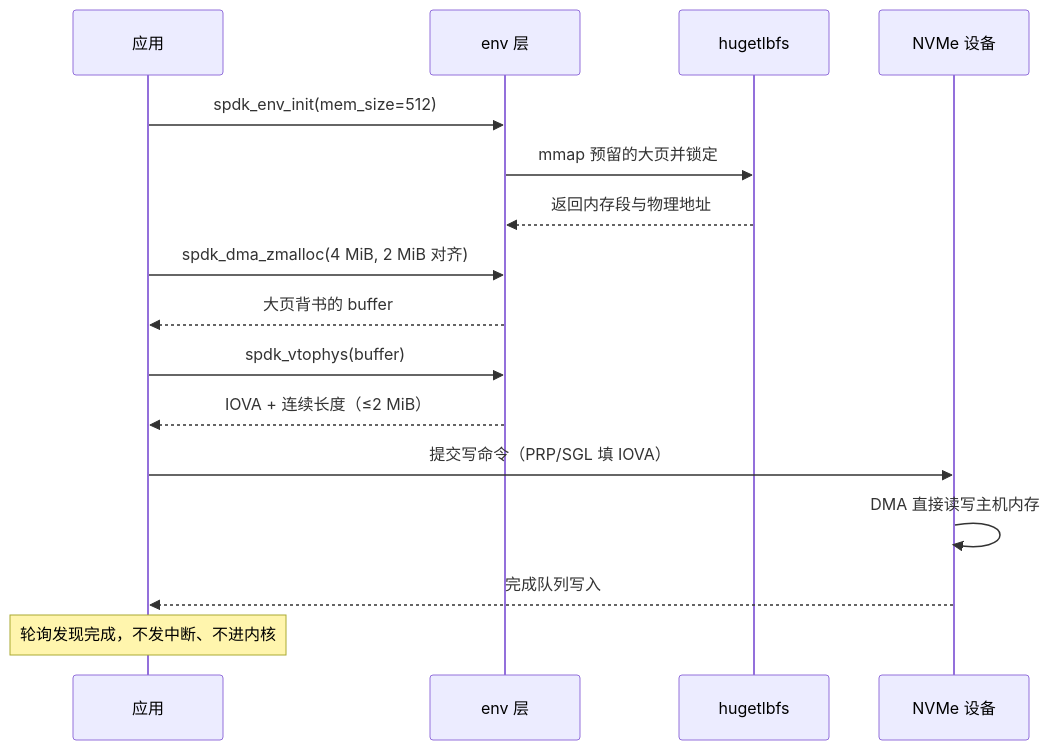
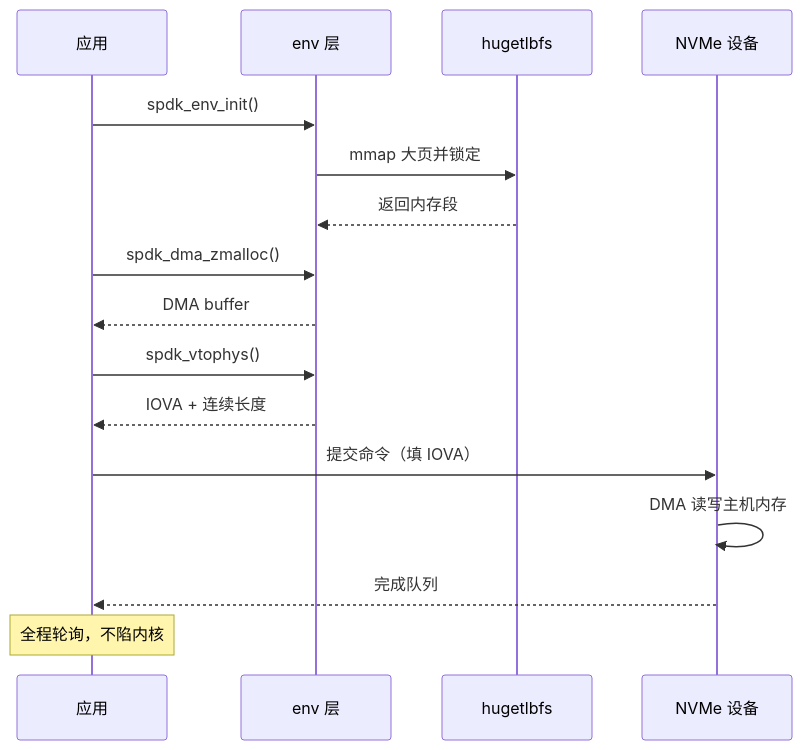
The third of 3 diagrams in _posts/2026-10-26-hugepage-spdk.md (lnsyyj/lnsyyj.github.io), drawn with Mermaid before and after one commit. The commit also changed other lines of this file, not shown here.

Commit message:
fix: 三张图改为窄版结构，避免被压缩成不可读的细条

````diff
--- a/_posts/2026-10-26-hugepage-spdk.md
+++ b/_posts/2026-10-26-hugepage-spdk.md
@@ -446,19 +437,19 @@
 ```mermaid
 sequenceDiagram
     participant A as 应用
     participant E as env 层
     participant K as hugetlbfs
     participant D as NVMe 设备
 
-    A->>E: spdk_env_init(mem_size=512)
-    E->>K: mmap 预留的大页并锁定
-    K-->>E: 返回内存段与物理地址
-    A->>E: spdk_dma_zmalloc(4 MiB, 2 MiB 对齐)
-    E-->>A: 大页背书的 buffer
-    A->>E: spdk_vtophys(buffer)
-    E-->>A: IOVA + 连续长度（≤2 MiB）
-    A->>D: 提交写命令（PRP/SGL 填 IOVA）
-    D->>D: DMA 直接读写主机内存
-    D-->>A: 完成队列写入
-    Note over A: 轮询发现完成，不发中断、不进内核
+    A->>E: spdk_env_init()
+    E->>K: mmap 大页并锁定
+    K-->>E: 返回内存段
+    A->>E: spdk_dma_zmalloc()
+    E-->>A: DMA buffer
+    A->>E: spdk_vtophys()
+    E-->>A: IOVA + 连续长度
+    A->>D: 提交命令（填 IOVA）
+    D->>D: DMA 读写主机内存
+    D-->>A: 完成队列
+    Note over A: 全程轮询，不陷内核
 ```
````
